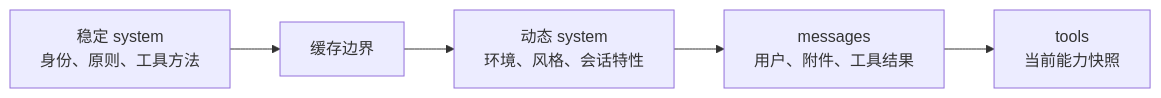
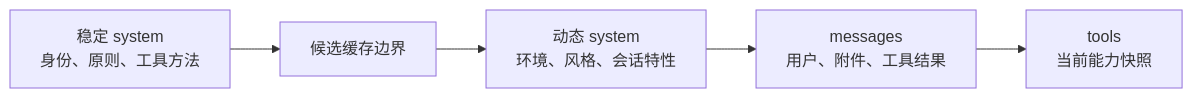
One commit to day0n/analysis-claude-code changed the diagram in book/04-系统Prompt.md. Above: the diagram before and after it, drawn with Mermaid. The commit also changed other lines of this file and 4 other files, not shown here.

````diff
--- a/book/04-系统Prompt.md
+++ b/book/04-系统Prompt.md
@@ -48,7 +54,7 @@
 ```mermaid
 flowchart LR
-    S1["稳定 system<br/>身份、原则、工具方法"] --> B["缓存边界"]
+    S1["稳定 system<br/>身份、原则、工具方法"] --> B["候选缓存边界"]
     B --> S2["动态 system<br/>环境、风格、会话特性"]
     S2 --> U["messages<br/>用户、附件、工具结果"]
     U --> T["tools<br/>当前能力快照"]
 ```
````
